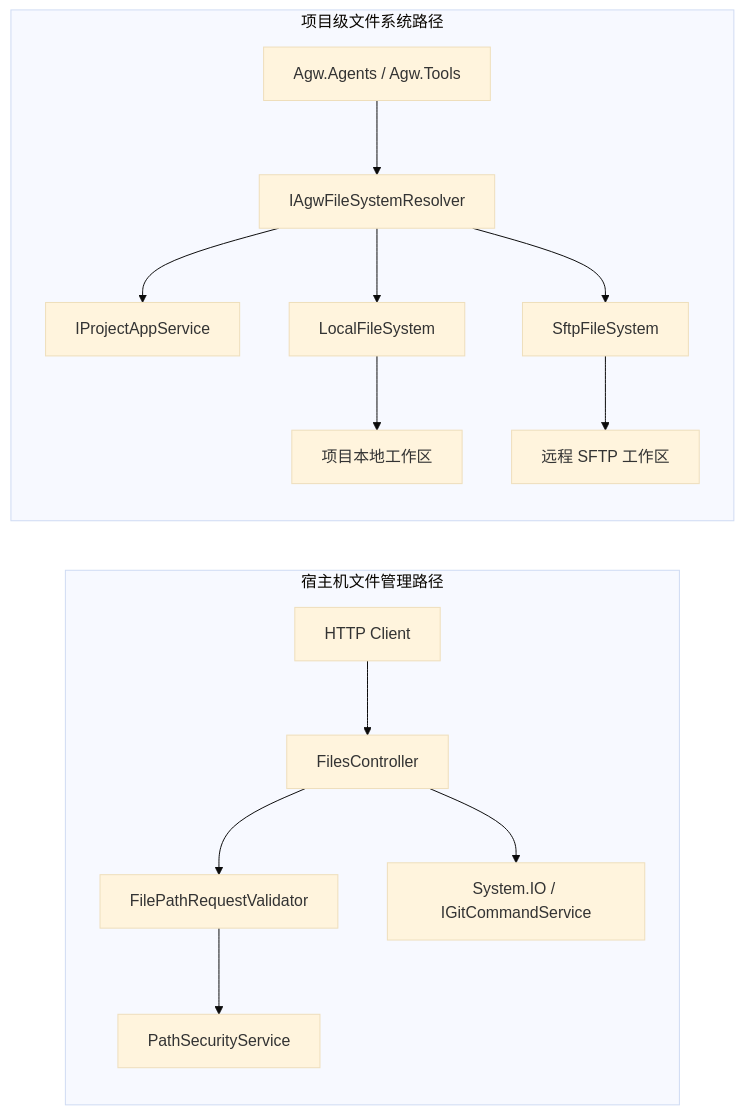
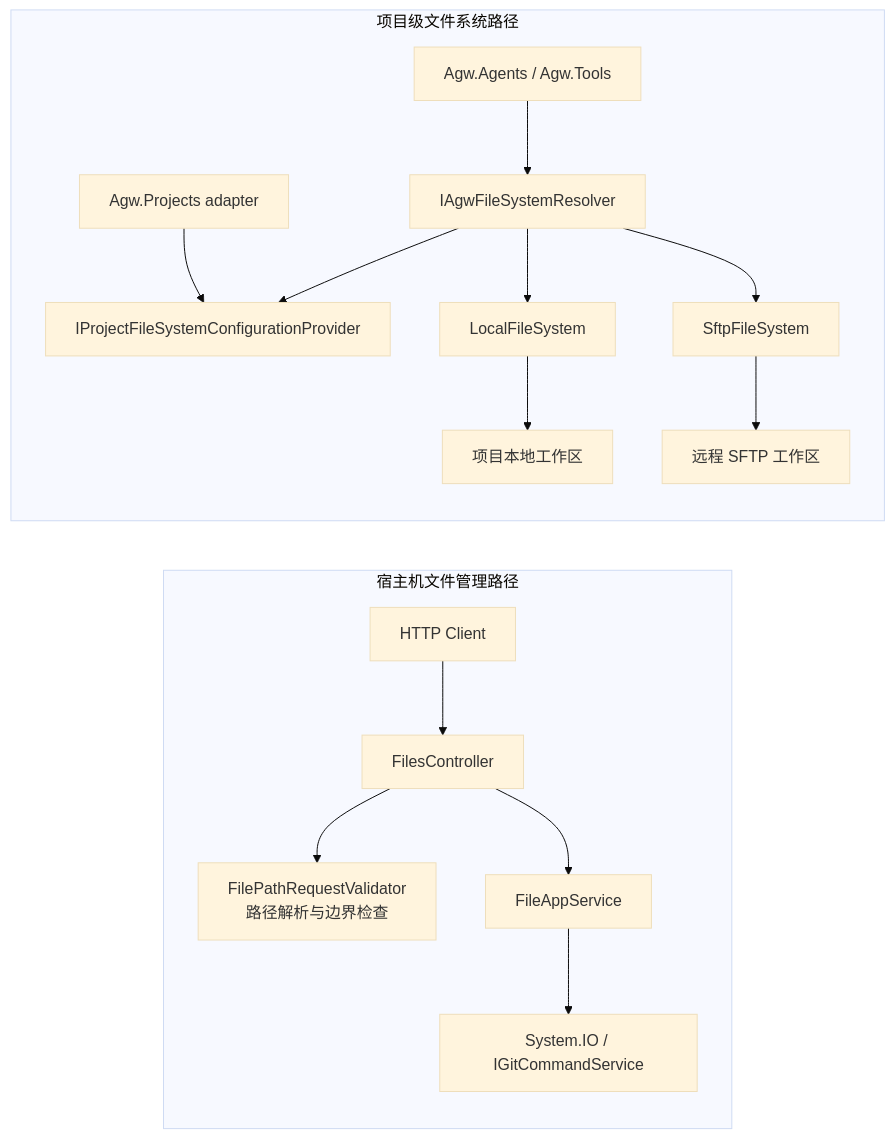
The diagram in src/server/Agw.Files/README.zh-CN.md (zxyao145/agw), drawn with Mermaid (base theme) before and after one commit. The commit also changed other lines of this file and 78 other files, not shown here.

First line of the commit message:
refactor(files): extract app service from controller

````diff
--- a/src/server/Agw.Files/README.zh-CN.md
+++ b/src/server/Agw.Files/README.zh-CN.md
@@ -39,18 +40,19 @@
 ```mermaid
 flowchart LR
     subgraph HostPath["宿主机文件管理路径"]
         Client["HTTP Client"] --> Controller["FilesController"]
-        Controller --> Validator["FilePathRequestValidator"]
-        Validator --> Security["PathSecurityService"]
-        Controller --> HostFs["System.IO / IGitCommandService"]
+        Controller --> Validator["FilePathRequestValidator<br/>路径解析与边界检查"]
+        Controller --> AppService["FileAppService"]
+        AppService --> HostFs["System.IO / IGitCommandService"]
     end
 
     subgraph ProjectPath["项目级文件系统路径"]
         Consumers["Agw.Agents / Agw.Tools"] --> Resolver["IAgwFileSystemResolver"]
-        Resolver --> Project["IProjectAppService"]
+        Resolver --> Provider["IProjectFileSystemConfigurationProvider"]
+        Projects["Agw.Projects adapter"] --> Provider
         Resolver --> Local["LocalFileSystem"]
         Resolver --> Sftp["SftpFileSystem"]
         Local --> LocalStorage["项目本地工作区"]
         Sftp --> RemoteStorage["远程 SFTP 工作区"]
     end
 ```
````
